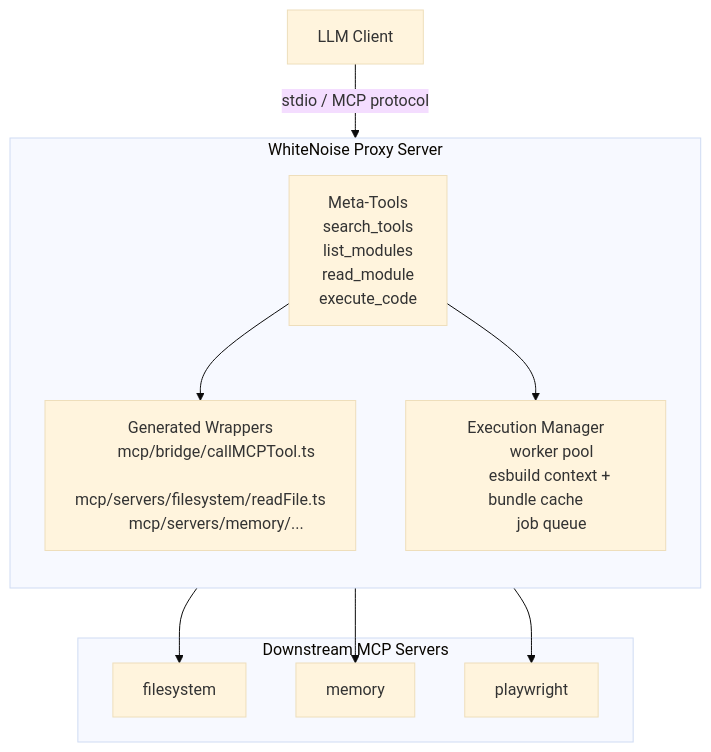
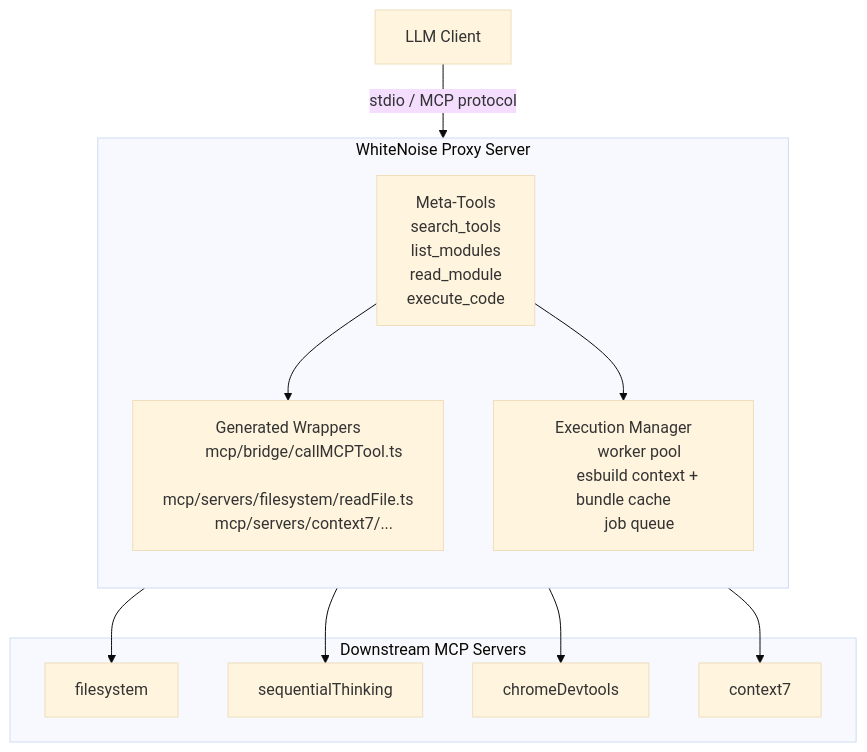
The first of 3 diagrams in README.md (dhyaneesh/whitenoise), drawn with Mermaid (base theme) before and after one commit. The commit also changed other lines of this file, not shown here.

First line of the commit message:
Update README to reflect servers.json, new downstream servers, telemetry, and SigNoz

````diff
--- a/README.md
+++ b/README.md
@@ -28,36 +29,38 @@
 ```mermaid
 graph TD
     LLM["LLM Client"]
 
     subgraph Proxy["WhiteNoise Proxy Server"]
         direction TB
         MetaTools["Meta-Tools
         search_tools
         list_modules
         read_module
         execute_code"]
 
         Wrappers["Generated Wrappers
         mcp/bridge/callMCPTool.ts
         mcp/servers/filesystem/readFile.ts
-        mcp/servers/memory/..."]
+        mcp/servers/context7/..."]
 
         ExecMgr["Execution Manager
         worker pool
         esbuild context + bundle cache
         job queue"]
     end
 
     subgraph Downstream["Downstream MCP Servers"]
         FS["filesystem"]
-        MEM["memory"]
-        PW["playwright"]
+        ST["sequentialThinking"]
+        CDP["chromeDevtools"]
+        C7["context7"]
     end
 
     LLM -- "stdio / MCP protocol" --> MetaTools
     MetaTools --> Wrappers
     MetaTools --> ExecMgr
     ExecMgr --> FS
-    ExecMgr --> MEM
-    ExecMgr --> PW
+    ExecMgr --> ST
+    ExecMgr --> CDP
+    ExecMgr --> C7
 ```
````
